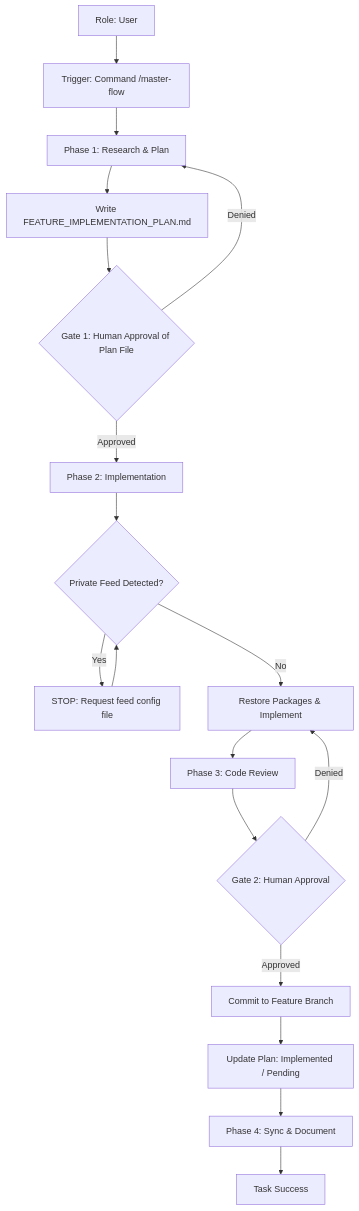
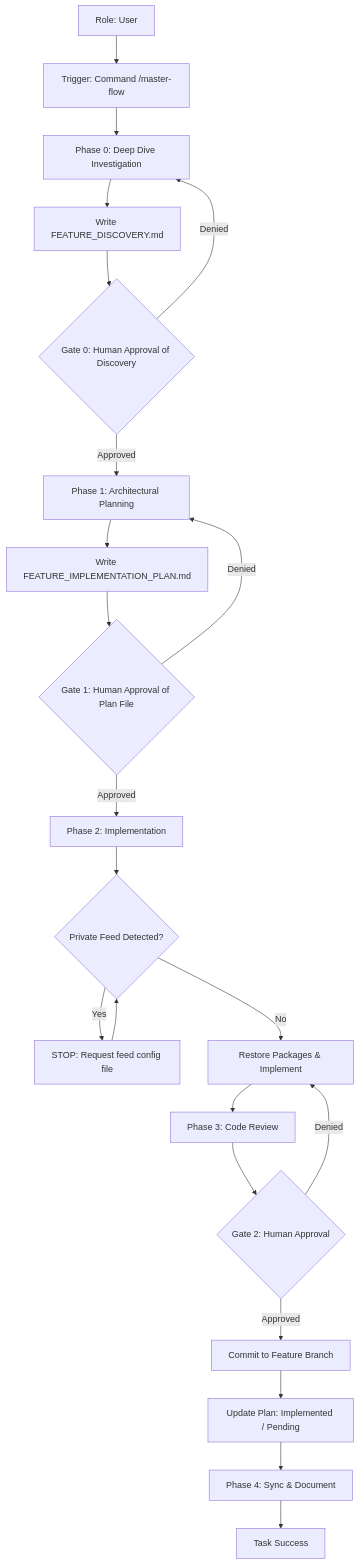
One commit to SouzaEduardoAC/ai-agents changed the diagram in docs/use_cases/software_engineering_lifecycle.md. Above: the diagram before and after it, drawn with Mermaid. The commit also changed other lines of this file and 6 other files, not shown here.

Commit message:
feat(engineer): implement mandatory Investigative Deep Dive phase

````diff
--- a/docs/use_cases/software_engineering_lifecycle.md
+++ b/docs/use_cases/software_engineering_lifecycle.md
@@ -12,20 +12,24 @@
 ```mermaid
 graph TD
     A[Role: User] --> B[Trigger: Command /master-flow]
-    B --> C[Phase 1: Research & Plan]
-    C --> C1[Write FEATURE_IMPLEMENTATION_PLAN.md]
-    C1 --> D{Gate 1: Human Approval of Plan File}
-    D -- Denied --> C
-    D -- Approved --> E[Phase 2: Implementation]
+    B --> C[Phase 0: Deep Dive Investigation]
+    C --> C1[Write FEATURE_DISCOVERY.md]
+    C1 --> C2{Gate 0: Human Approval of Discovery}
+    C2 -- Denied --> C
+    C2 -- Approved --> D[Phase 1: Architectural Planning]
+    D --> D1[Write FEATURE_IMPLEMENTATION_PLAN.md]
+    D1 --> D2{Gate 1: Human Approval of Plan File}
+    D2 -- Denied --> D
+    D2 -- Approved --> E[Phase 2: Implementation]
     E --> E1{Private Feed Detected?}
     E1 -- Yes --> E2[STOP: Request feed config file]
     E2 --> E1
     E1 -- No --> E3[Restore Packages & Implement]
     E3 --> F[Phase 3: Code Review]
     F --> G{Gate 2: Human Approval}
     G -- Denied --> E3
     G -- Approved --> H[Commit to Feature Branch]
     H --> H1[Update Plan: Implemented / Pending]
     H1 --> I[Phase 4: Sync & Document]
     I --> J[Task Success]
 ```
````
